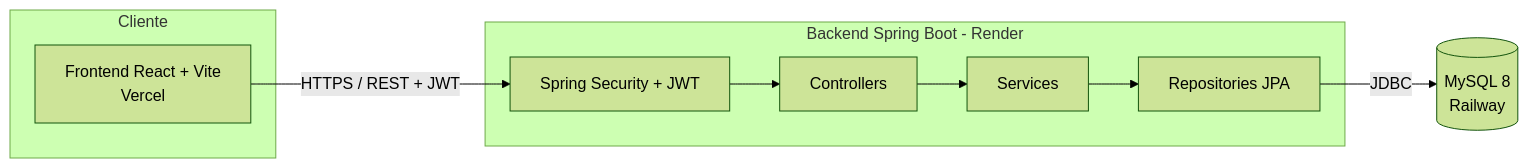
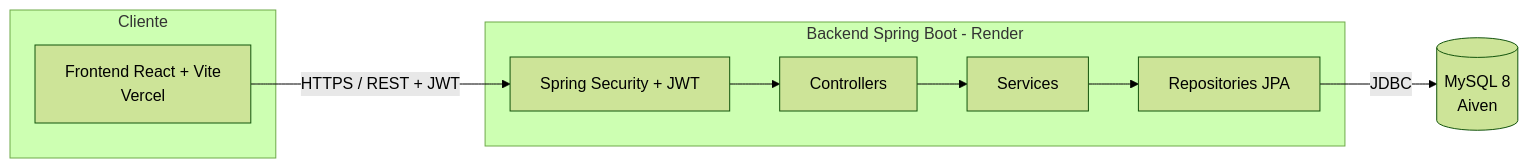
One commit to Yonathannf/TPI_FINAL_UTN_StockIQ changed the fifth of 6 diagrams in docs/05-diagramas.md. Above: the diagram before and after it, drawn with Mermaid (forest theme). The commit also changed 3 other files, not shown here.

````diff
--- a/docs/05-diagramas.md
+++ b/docs/05-diagramas.md
@@ -186,19 +186,19 @@
 ```mermaid
 flowchart LR
     subgraph Cliente
         FE[Frontend React + Vite<br/>Vercel]
     end
 
     subgraph Backend [Backend Spring Boot - Render]
         SEC[Spring Security + JWT]
         CTRL[Controllers]
         SRV[Services]
         REP[Repositories JPA]
         SEC --> CTRL --> SRV --> REP
     end
 
-    DB[(MySQL 8<br/>Railway)]
+    DB[(MySQL 8<br/>Aiven)]
 
     FE -- "HTTPS / REST + JWT" --> SEC
     REP -- JDBC --> DB
 ```
````
